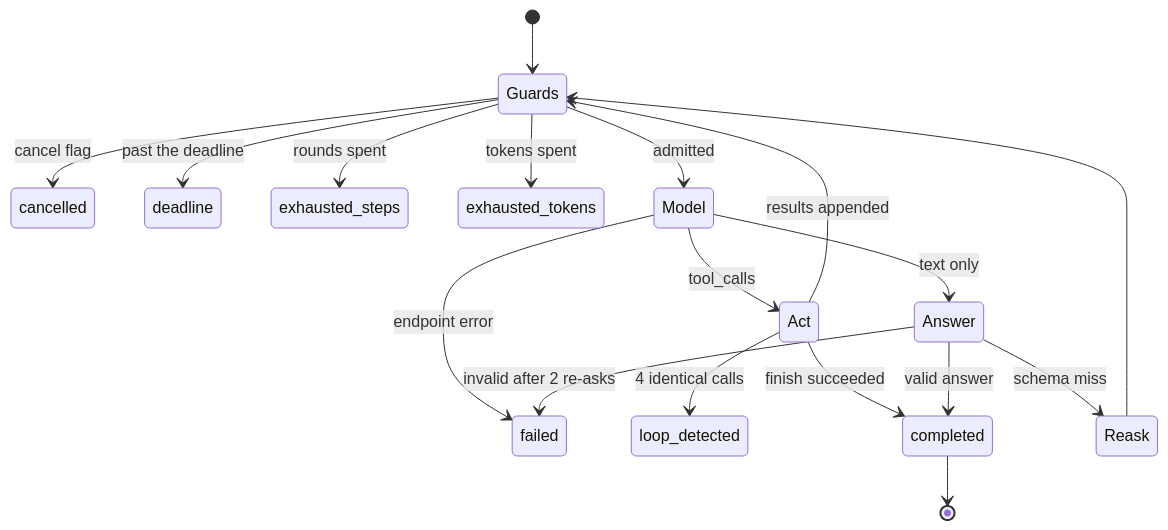
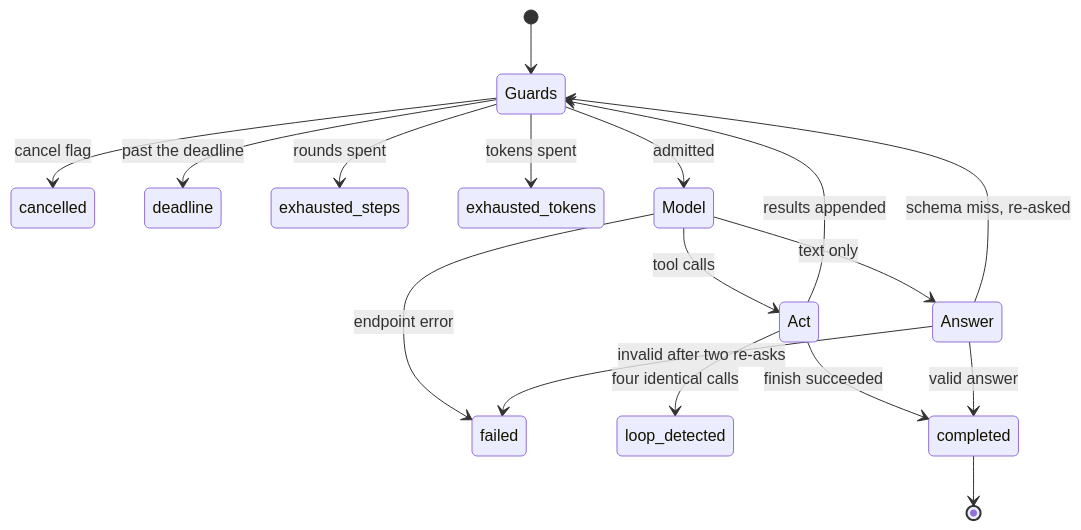
Before and after one commit to agentd-dev/source-code: the third of 3 diagrams in docs/agent-loop.md, drawn with Mermaid. The commit also changed other lines of this file and 110 other files, not shown here.

````diff
--- a/docs/agent-loop.md
+++ b/docs/agent-loop.md
@@ -301,20 +361,19 @@
 ```mermaid
 stateDiagram-v2
-    [*] --> Guards
-    Guards --> cancelled: cancel flag
-    Guards --> deadline: past the deadline
-    Guards --> exhausted_steps: rounds spent
-    Guards --> exhausted_tokens: tokens spent
-    Guards --> Model: admitted
-    Model --> failed: endpoint error
-    Model --> Act: tool_calls
-    Model --> Answer: text only
-    Act --> loop_detected: 4 identical calls
-    Act --> completed: finish succeeded
-    Act --> Guards: results appended
-    Answer --> completed: valid answer
-    Answer --> Reask: schema miss
-    Reask --> Guards
-    Answer --> failed: invalid after 2 re-asks
-    completed --> [*]
+  [*] --> Guards
+  Guards --> cancelled: cancel flag
+  Guards --> deadline: past the deadline
+  Guards --> exhausted_steps: rounds spent
+  Guards --> exhausted_tokens: tokens spent
+  Guards --> Model: admitted
+  Model --> failed: endpoint error
+  Model --> Act: tool calls
+  Model --> Answer: text only
+  Act --> loop_detected: four identical calls
+  Act --> completed: finish succeeded
+  Act --> Guards: results appended
+  Answer --> completed: valid answer
+  Answer --> Guards: schema miss, re-asked
+  Answer --> failed: invalid after two re-asks
+  completed --> [*]
 ```
````
